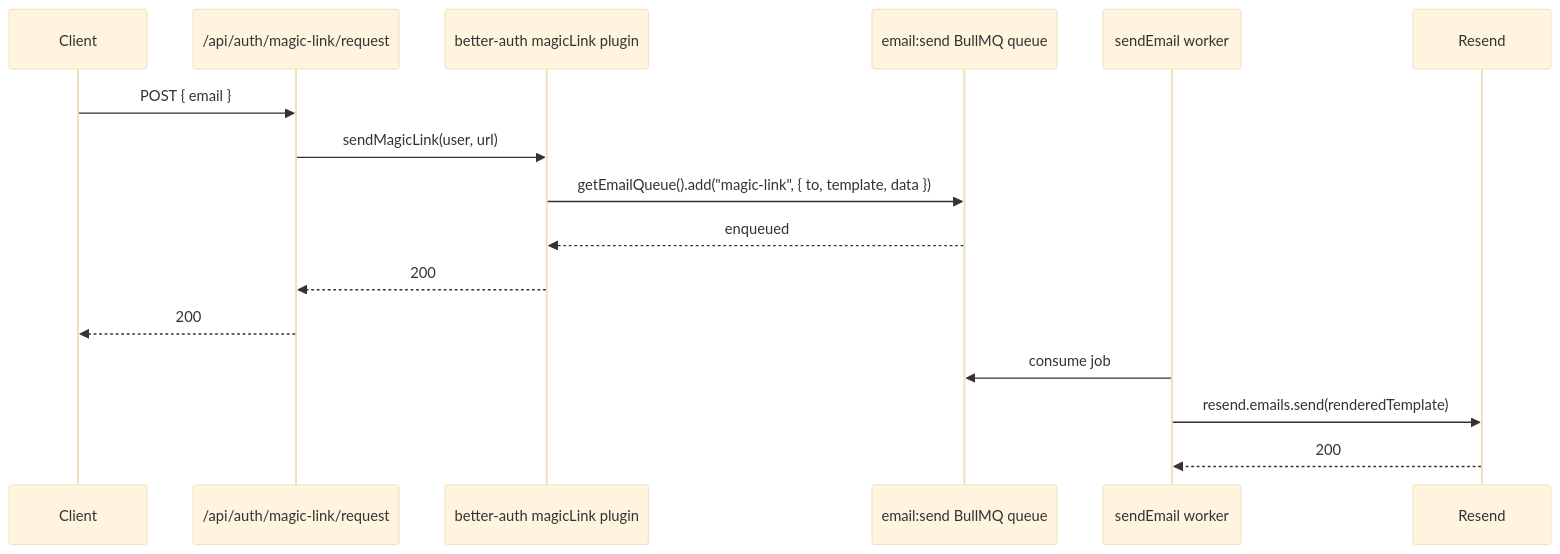
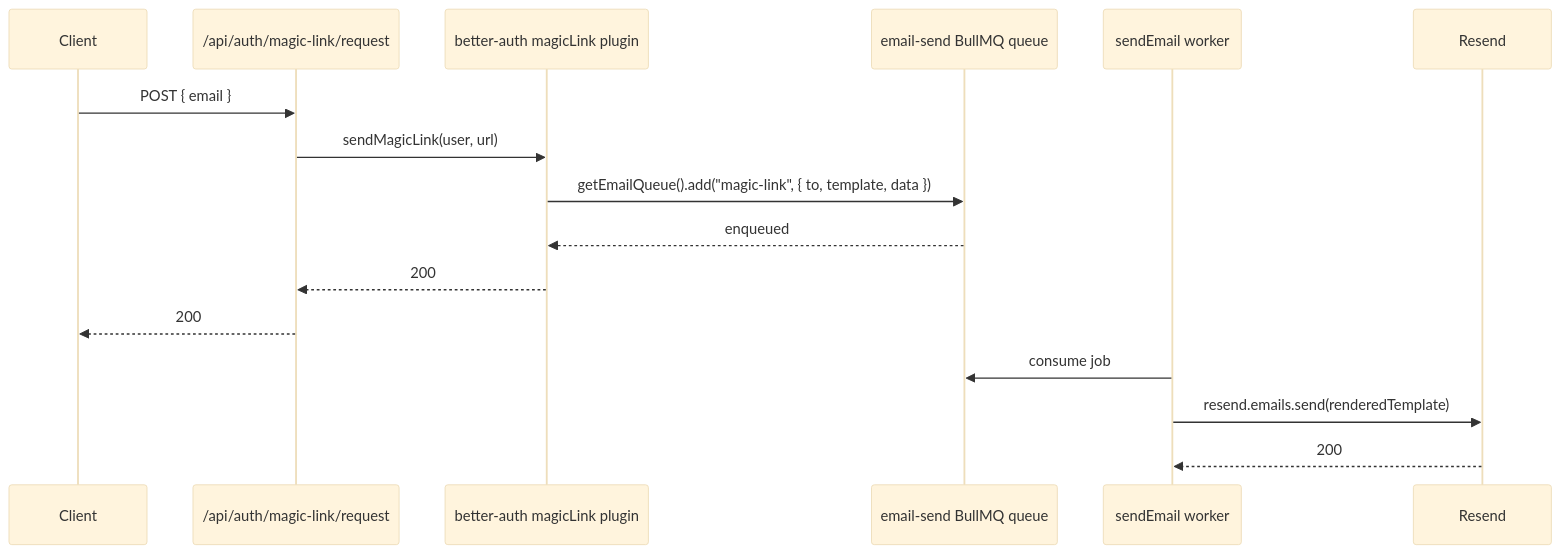
One commit to rovaron/baseworks changed the diagram in docs/integrations/better-auth.md. Above: the diagram before and after it, drawn with Mermaid (base theme). The commit also changed other lines of this file and 18 other files, not shown here.

First line of the commit message:
fix(queue): rename module:action queue names to module-action for BullMQ v5

````diff
--- a/docs/integrations/better-auth.md
+++ b/docs/integrations/better-auth.md
@@ -49,19 +49,19 @@
 ```mermaid
 sequenceDiagram
   participant Client
   participant Route as /api/auth/magic-link/request
   participant Auth as better-auth magicLink plugin
-  participant Queue as email:send BullMQ queue
+  participant Queue as email-send BullMQ queue
   participant Worker as sendEmail worker
   participant Resend
 
   Client->>Route: POST { email }
   Route->>Auth: sendMagicLink(user, url)
   Auth->>Queue: getEmailQueue().add("magic-link", { to, template, data })
   Queue-->>Auth: enqueued
   Auth-->>Route: 200
   Route-->>Client: 200
   Worker->>Queue: consume job
   Worker->>Resend: resend.emails.send(renderedTemplate)
   Resend-->>Worker: 200
 ```
````
